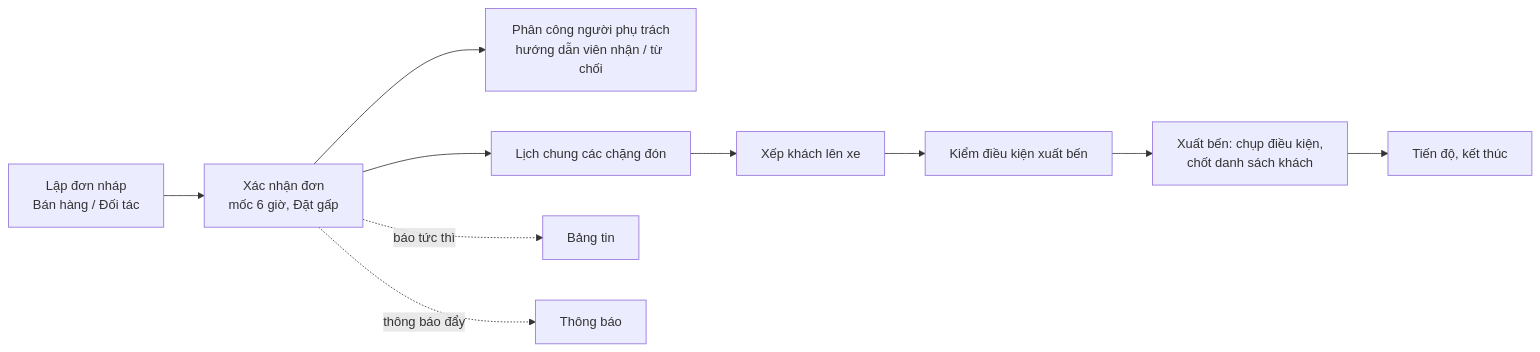
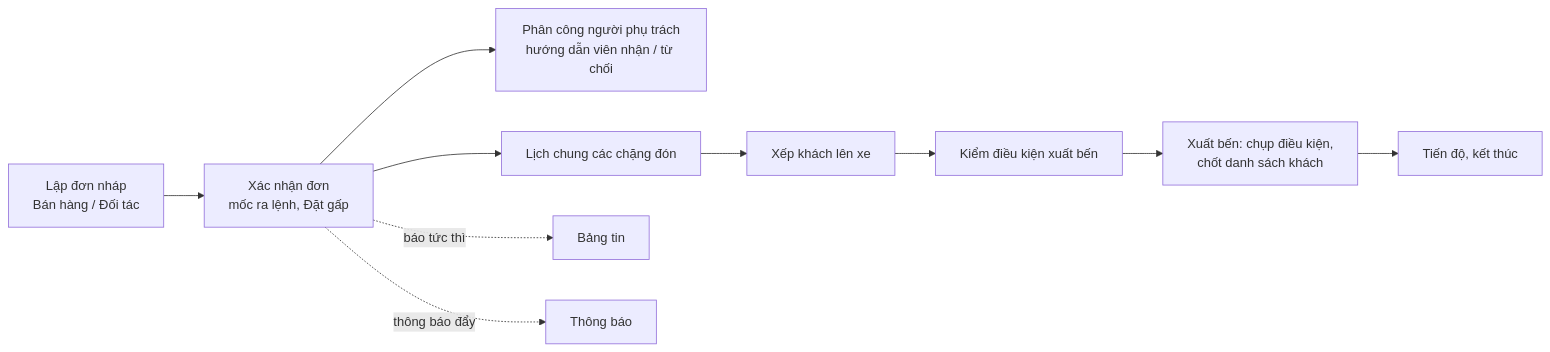
Before and after one commit to luutuanvu1010/tourdaobooking: the fourth of 5 diagrams in docs/so-do-kien-truc/README.md, drawn with Mermaid. The commit also changed other lines of this file and 3 other files, not shown here.

````diff
--- a/docs/so-do-kien-truc/README.md
+++ b/docs/so-do-kien-truc/README.md
@@ -279,12 +292,12 @@
 ```mermaid
 flowchart LR
-  A["Lập đơn nháp<br/>Bán hàng / Đối tác"] --> B["Xác nhận đơn<br/>mốc 6 giờ, Đặt gấp"]
+  A["Lập đơn nháp<br/>Bán hàng / Đối tác"] --> B["Xác nhận đơn<br/>mốc ra lệnh, Đặt gấp"]
   B --> C["Phân công người phụ trách<br/>hướng dẫn viên nhận / từ chối"]
   B --> D["Lịch chung các chặng đón"]
   D --> E["Xếp khách lên xe"]
   E --> F["Kiểm điều kiện xuất bến"]
   F --> G["Xuất bến: chụp điều kiện,<br/>chốt danh sách khách"]
   G --> H["Tiến độ, kết thúc"]
   B -.->|"báo tức thì"| BT["Bảng tin"]
   B -.->|"thông báo đẩy"| TB["Thông báo"]
 ```
````
